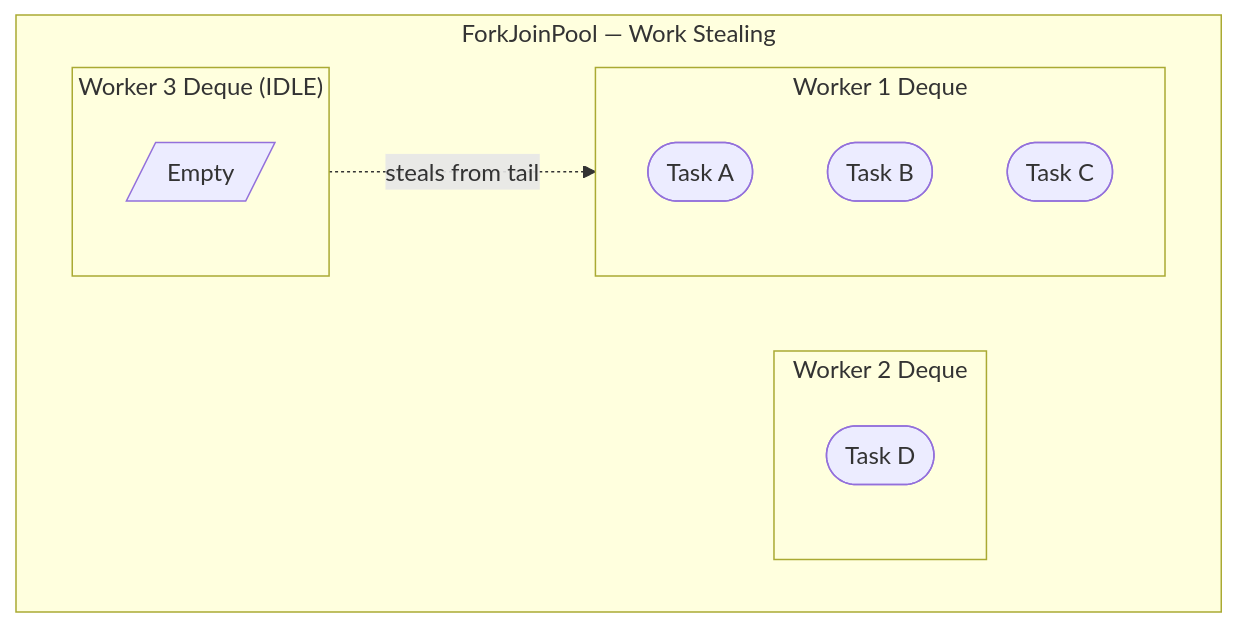
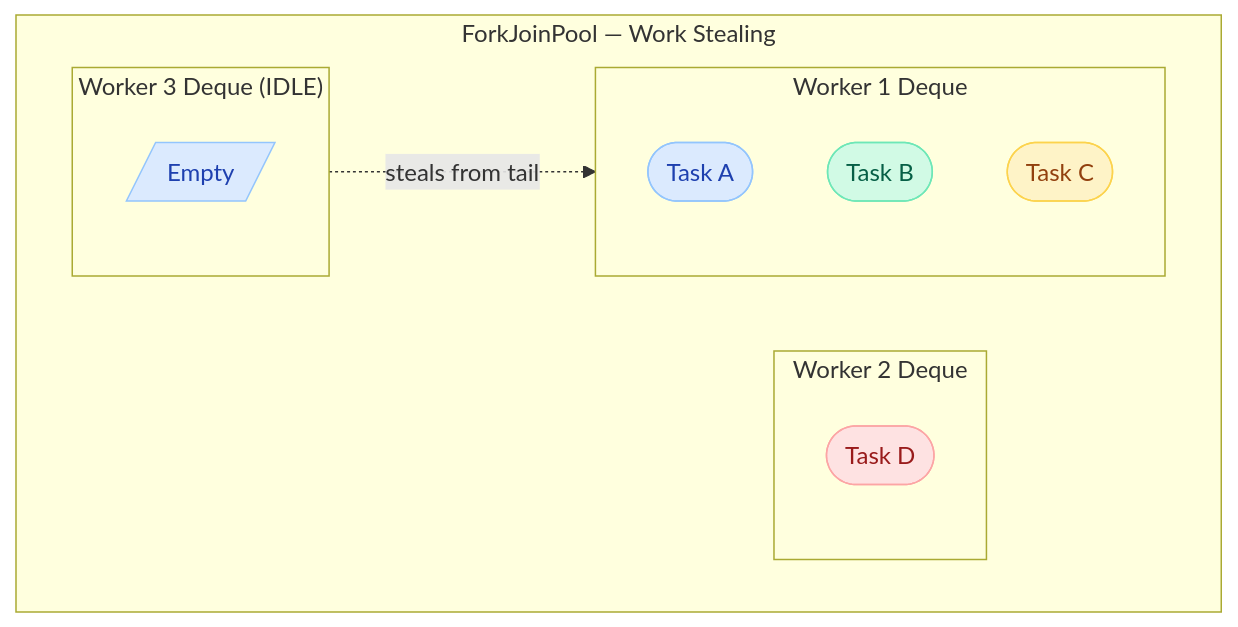
The fourth of 5 diagrams in docs/java/Executors.md (saivamsikaruturi/vamsilabs-dev-notes-main), drawn with Mermaid before and after one commit. The commit also changed other lines of this file and 220 other files, not shown here.

First line of the commit message:
Add 50+ new Java/Spring Boot pages, rewrite CSS code blocks to Oracle style, fix all diagram colors

````diff
--- a/docs/java/Executors.md
+++ b/docs/java/Executors.md
@@ -259,18 +290,24 @@
 ```mermaid
 flowchart LR
     subgraph "ForkJoinPool — Work Stealing"
         direction LR
         subgraph Worker1["Worker 1 Deque"]
             T1A(["Task A"])
             T1B(["Task B"])
             T1C(["Task C"])
         end
         subgraph Worker2["Worker 2 Deque"]
             T2A(["Task D"])
         end
         subgraph Worker3["Worker 3 Deque (IDLE)"]
             T3[/"Empty"/]
         end
         Worker3 -.->|steals from tail| Worker1
     end
+
+    style T1A fill:#DBEAFE,stroke:#93C5FD,color:#1E40AF
+    style T1B fill:#D1FAE5,stroke:#6EE7B7,color:#065F46
+    style T1C fill:#FEF3C7,stroke:#FCD34D,color:#92400E
+    style T2A fill:#FEE2E2,stroke:#FCA5A5,color:#991B1B
+    style T3 fill:#DBEAFE,stroke:#93C5FD,color:#1E40AF
 ```
````
